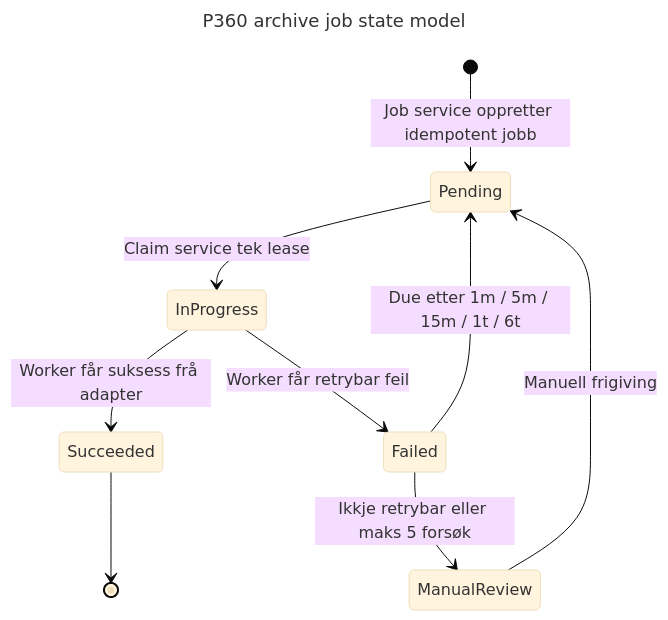
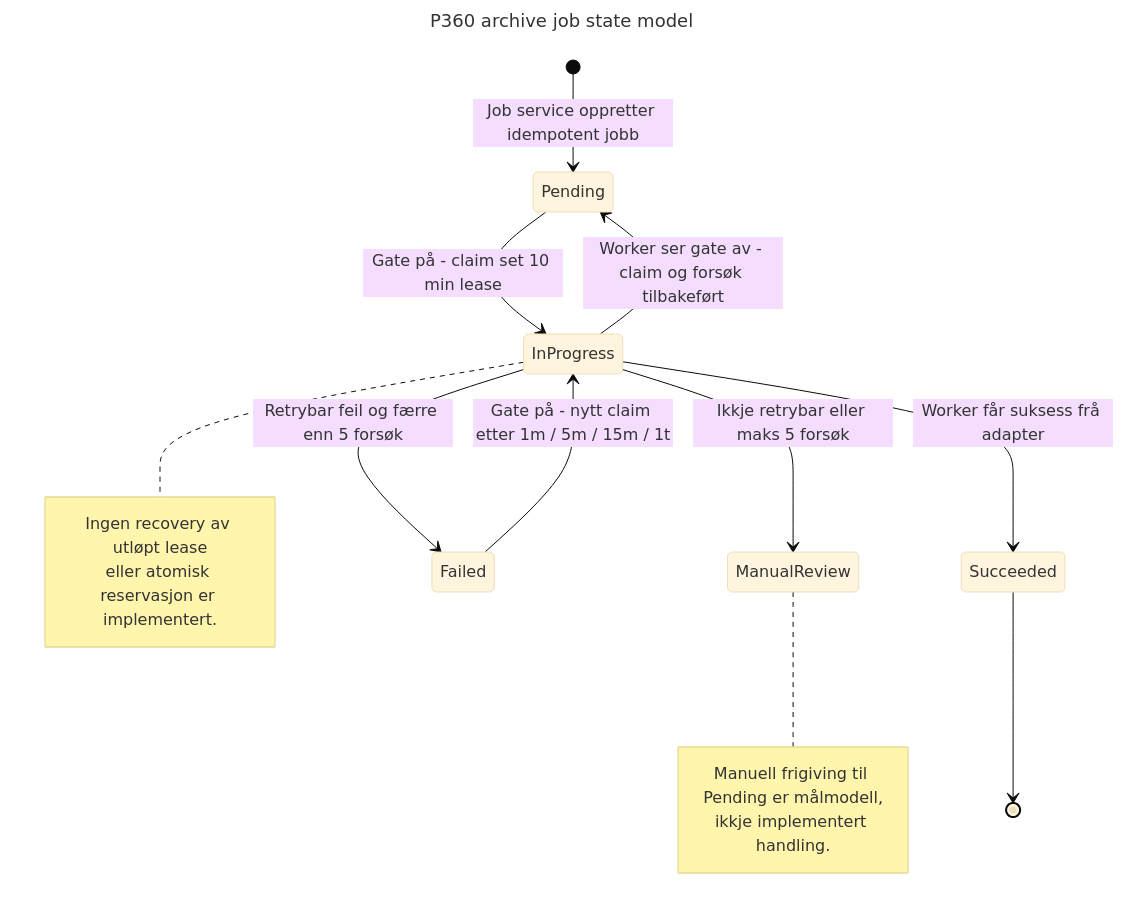
The diagram in docs/integrations/p360/diagrams/p360-archive-job-state.mmd (navikt/crm-arbeidsforhold), drawn with Mermaid (base theme) before and after one commit. The commit also changed 12 other files, not shown here.

```diff
--- a/docs/integrations/p360/diagrams/p360-archive-job-state.mmd
+++ b/docs/integrations/p360/diagrams/p360-archive-job-state.mmd
@@ -1,12 +1,20 @@
 ---
 title: P360 archive job state model
 ---
 stateDiagram-v2
     [*] --> Pending: Job service oppretter idempotent jobb
-    Pending --> InProgress: Claim service tek lease
+    Pending --> InProgress: Gate på - claim set 10 min lease
     InProgress --> Succeeded: Worker får suksess frå adapter
-    InProgress --> Failed: Worker får retrybar feil
-    Failed --> Pending: Due etter 1m / 5m / 15m / 1t / 6t
-    Failed --> ManualReview: Ikkje retrybar eller maks 5 forsøk
-    ManualReview --> Pending: Manuell frigiving
+    InProgress --> Failed: Retrybar feil og færre enn 5 forsøk
+    Failed --> InProgress: Gate på - nytt claim etter 1m / 5m / 15m / 1t
+    InProgress --> ManualReview: Ikkje retrybar eller maks 5 forsøk
+    InProgress --> Pending: Worker ser gate av - claim og forsøk tilbakeført
+    note right of ManualReview
+        Manuell frigiving til Pending er målmodell,
+        ikkje implementert handling.
+    end note
+    note right of InProgress
+        Ingen recovery av utløpt lease
+        eller atomisk reservasjon er implementert.
+    end note
     Succeeded --> [*]
```
